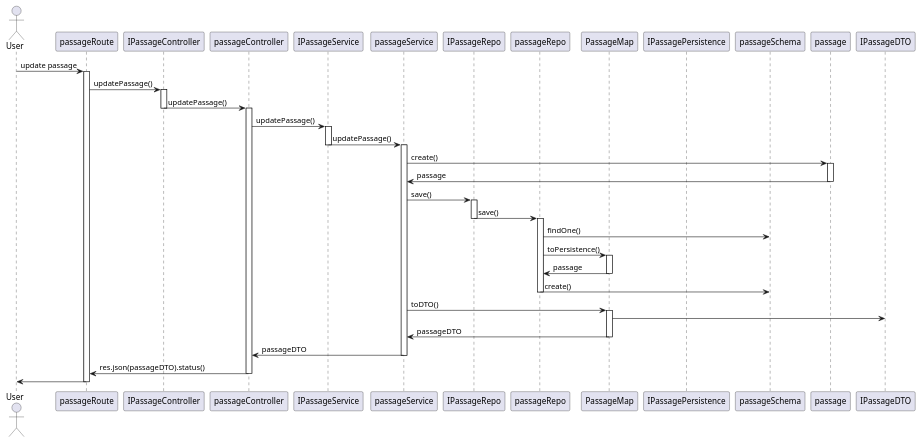
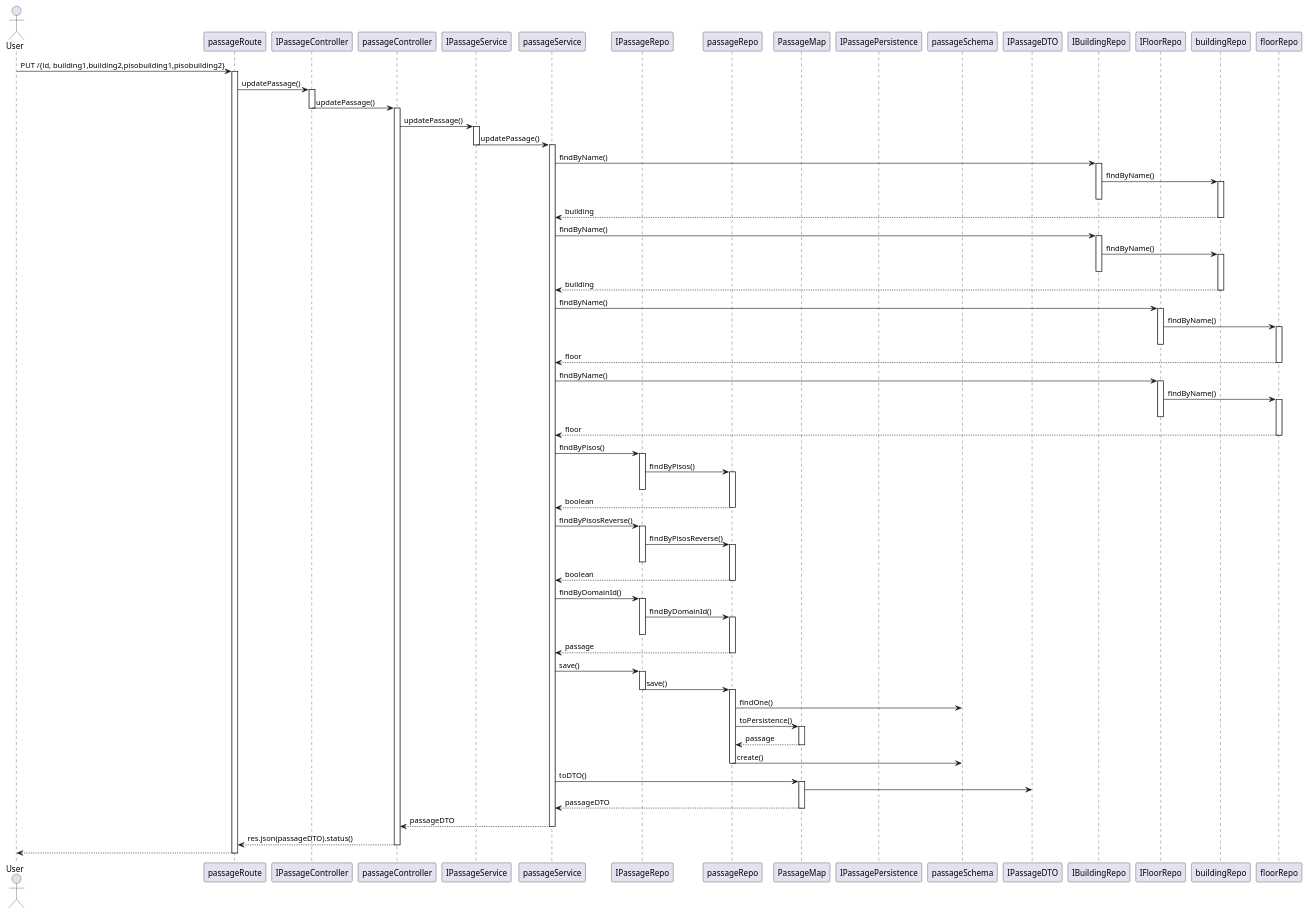
One commit to ManuelS2610/sem5pi2324 changed the diagram in docs/1201458/US250/UpdatePassagemSD.puml. Above: the diagram before and after it, drawn with PlantUML. The commit also changed 52 other files, not shown here.

```diff
--- a/docs/1201458/US250/UpdatePassagemSD.puml
+++ b/docs/1201458/US250/UpdatePassagemSD.puml
@@ -1,57 +1,105 @@
 @startuml
 'https://plantuml.com/sequence-diagram
 
 actor User
 participant passageRoute
 participant IPassageController
 participant passageController
 participant IPassageService
 participant passageService
 participant IPassageRepo
 participant passageRepo
 participant PassageMap
 participant IPassagePersistence
 participant passageSchema
-participant passage
 participant IPassageDTO
+participant IBuildingRepo
+participant IFloorRepo
+participant buildingRepo
+participant floorRepo
 
-User -> passageRoute: update passage
+User -> passageRoute: PUT /{id, building1,building2,pisobuilding1,pisobuilding2}
 activate passageRoute
 passageRoute -> IPassageController : updatePassage()
 activate IPassageController
 IPassageController -> passageController :  updatePassage()
 deactivate IPassageController
 activate passageController
 passageController -> IPassageService : updatePassage()
 activate IPassageService
 IPassageService -> passageService : updatePassage()
 deactivate IPassageService
 activate passageService
-passageService -> passage : create()
-activate passage
-passage -> passageService : passage
-deactivate passage
+passageService -> IBuildingRepo : findByName()
+activate IBuildingRepo
+IBuildingRepo -> buildingRepo : findByName()
+activate buildingRepo
+deactivate IBuildingRepo
+buildingRepo --> passageService : building
+deactivate buildingRepo
+passageService -> IBuildingRepo : findByName()
+activate IBuildingRepo
+IBuildingRepo -> buildingRepo : findByName()
+activate buildingRepo
+deactivate IBuildingRepo
+buildingRepo --> passageService : building
+deactivate buildingRepo
+passageService -> IFloorRepo : findByName()
+activate IFloorRepo
+IFloorRepo -> floorRepo: findByName()
+activate floorRepo
+deactivate IFloorRepo
+floorRepo --> passageService : floor
+deactivate floorRepo
+passageService -> IFloorRepo : findByName()
+activate IFloorRepo
+IFloorRepo -> floorRepo: findByName()
+activate floorRepo
+deactivate IFloorRepo
+floorRepo --> passageService : floor
+deactivate floorRepo
+passageService -> IPassageRepo : findByPisos()
+activate IPassageRepo
+IPassageRepo -> passageRepo : findByPisos()
+activate passageRepo
+deactivate IPassageRepo
+passageRepo --> passageService : boolean
+deactivate passageRepo
+passageService -> IPassageRepo : findByPisosReverse()
+activate IPassageRepo
+IPassageRepo -> passageRepo : findByPisosReverse()
+activate passageRepo
+deactivate IPassageRepo
+passageRepo --> passageService : boolean
+deactivate passageRepo
+passageService -> IPassageRepo : findByDomainId()
+activate IPassageRepo
+IPassageRepo -> passageRepo : findByDomainId()
+activate passageRepo
+deactivate IPassageRepo
+passageRepo --> passageService : passage
+deactivate passageRepo
 passageService -> IPassageRepo: save()
 activate IPassageRepo
 IPassageRepo -> passageRepo : save()
 deactivate IPassageRepo
 activate passageRepo
 passageRepo -> passageSchema : findOne()
 passageRepo -> PassageMap : toPersistence()
 activate PassageMap
-PassageMap -> passageRepo : passage
+PassageMap --> passageRepo : passage
 deactivate PassageMap
 passageRepo -> passageSchema: create()
 deactivate passageRepo
 passageService -> PassageMap : toDTO()
 activate PassageMap
 PassageMap -> IPassageDTO
-PassageMap -> passageService : passageDTO
+PassageMap --> passageService : passageDTO
 deactivate PassageMap
-passageService -> passageController : passageDTO
+passageService --> passageController : passageDTO
 deactivate passageService
-passageController -> passageRoute : res.json(passageDTO).status()
+passageController --> passageRoute : res.json(passageDTO).status()
 deactivate passageController
-passageRoute -> User
+passageRoute --> User
 deactivate passageRoute
 @enduml
```
